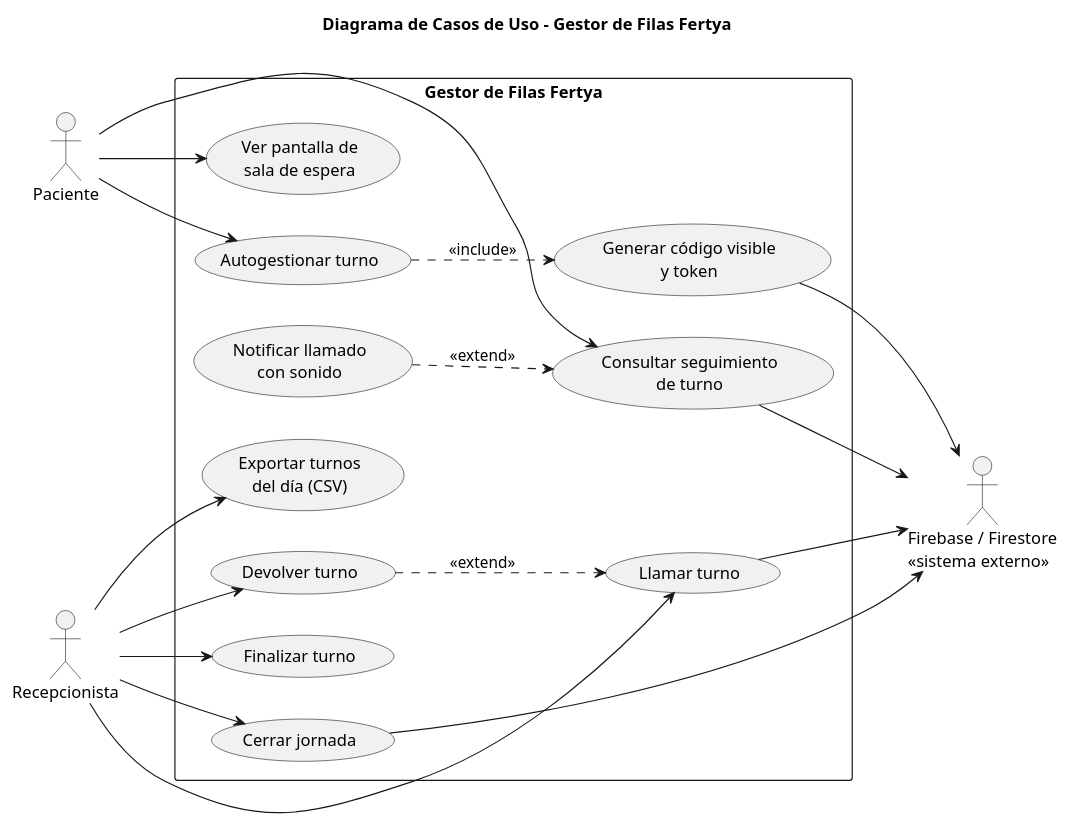
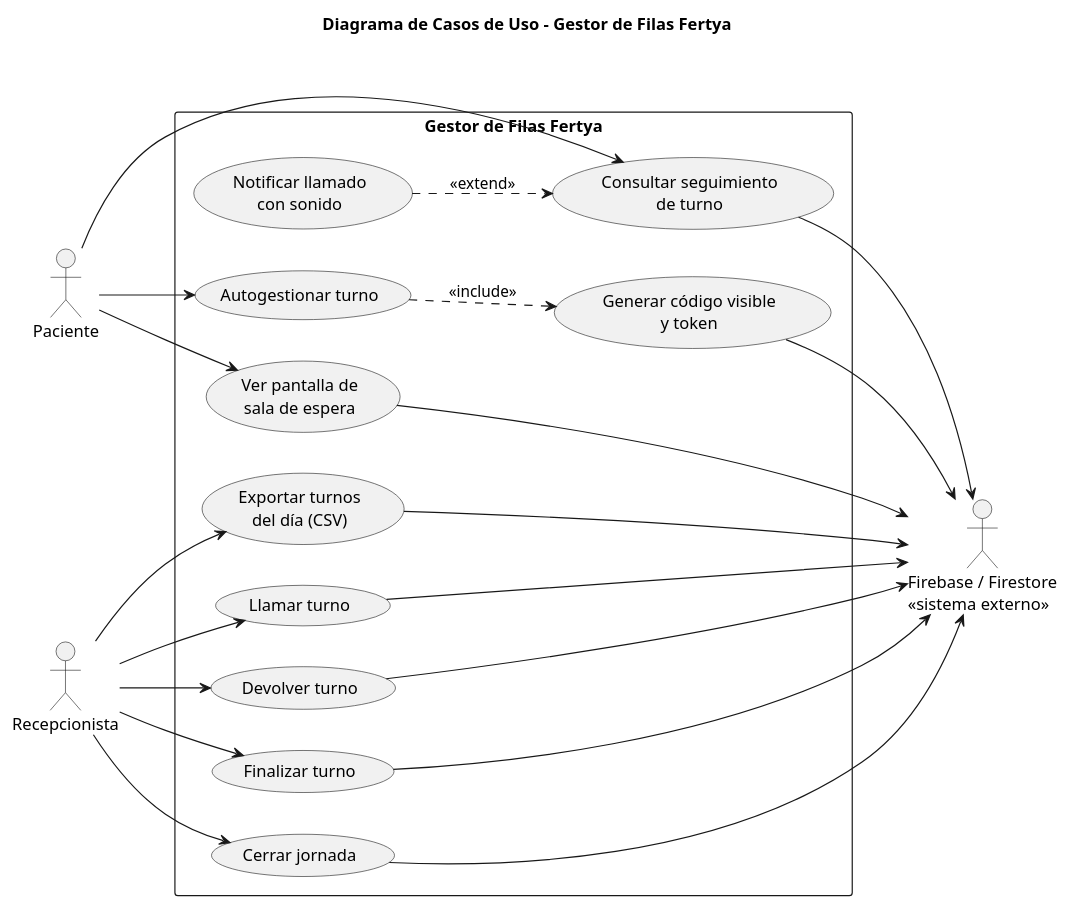
Before and after one commit to yamilahummel3-svg/eidas-grupo01-gestorfila: the diagram in diagramas/casos-de-uso.puml, drawn with PlantUML. The commit also changed 2 other files, not shown here.

Commit message:
Aplico Firebase como actor en todos los CU, Devolver como CU independiente y sumo stakeholders externos
Aplico Firebase como actor en todos los CU, Devolver como CU independiente y sumo stakeholders externos

```diff
--- a/diagramas/casos-de-uso.puml
+++ b/diagramas/casos-de-uso.puml
@@ -1,51 +1,56 @@
 @startuml
 title Diagrama de Casos de Uso - Gestor de Filas Fertya
 
 left to right direction
 
 ' --- Actores ---
 actor "Paciente" as A1
 actor "Recepcionista" as A2
 actor "Firebase / Firestore\n<<sistema externo>>" as S1
 
 ' --- Sistema ---
 rectangle "Gestor de Filas Fertya" {
   usecase "Autogestionar turno" as UC1
   usecase "Generar código visible\ny token" as UC1a
   usecase "Consultar seguimiento\nde turno" as UC2
   usecase "Notificar llamado\ncon sonido" as UC2a
   usecase "Ver pantalla de\nsala de espera" as UC8
   usecase "Llamar turno" as UC3
   usecase "Devolver turno" as UC4
   usecase "Finalizar turno" as UC5
   usecase "Cerrar jornada" as UC6
   usecase "Exportar turnos\ndel día (CSV)" as UC7
 }
 
 ' --- Relaciones actor-caso de uso ---
 A1 --> UC1
 A1 --> UC2
 A1 --> UC8
 A2 --> UC3
 A2 --> UC4
 A2 --> UC5
 A2 --> UC6
 A2 --> UC7
 
 ' --- Sistema externo (actor secundario) ---
+' Participa en todos los casos de uso que leen o escriben turnos
 UC1a --> S1
 UC2 --> S1
+UC8 --> S1
 UC3 --> S1
+UC4 --> S1
+UC5 --> S1
 UC6 --> S1
+UC7 --> S1
 
 ' --- Relaciones entre casos de uso ---
 ' include: siempre ocurre (RF-02, RF-03)
 UC1 ..> UC1a : <<include>>
 ' No hay include entre "Cerrar jornada" y "Finalizar turno": cerrar jornada finaliza turnos "en-fila",
 ' y "Finalizar turno" opera sobre un turno "llamado" (ver justificación en docs/casos-de-uso.md)
 ' extend: solo ocurre si el paciente habilitó el sonido y el turno pasa a "llamado" (RF-15)
 UC2a ..> UC2 : <<extend>>
-' extend: solo ocurre si el recepcionista llamó por error o el paciente no se presentó (RF-07)
-UC4 ..> UC3 : <<extend>>
+' "Devolver turno" es un caso de uso independiente del recepcionista (no extend de "Llamar turno"):
+' ocurre después de que el llamado terminó, no dentro de su flujo
 
 @enduml
```
